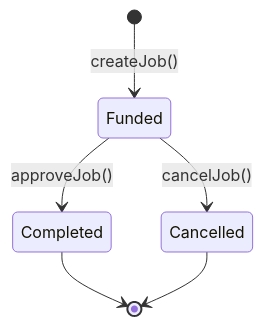
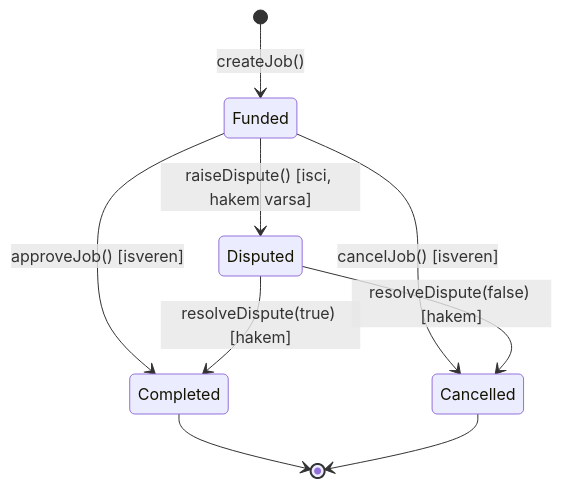
The first of 2 diagrams in README.md (negroni334/arc-agent-escrow), drawn with Mermaid before and after one commit. The commit also changed other lines of this file and 8 other files, not shown here.

````diff
--- a/README.md
+++ b/README.md
@@ -18,8 +21,11 @@
 ```mermaid
 stateDiagram-v2
     [*] --> Funded: createJob()
-    Funded --> Completed: approveJob()
-    Funded --> Cancelled: cancelJob()
+    Funded --> Completed: approveJob() [isveren]
+    Funded --> Cancelled: cancelJob() [isveren]
+    Funded --> Disputed: raiseDispute() [isci, hakem varsa]
+    Disputed --> Completed: resolveDispute(true) [hakem]
+    Disputed --> Cancelled: resolveDispute(false) [hakem]
     Completed --> [*]
     Cancelled --> [*]
 ```
````
